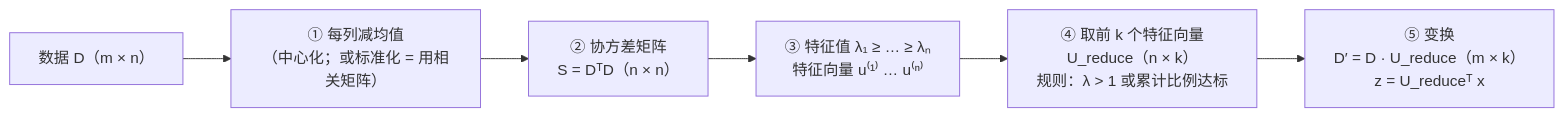
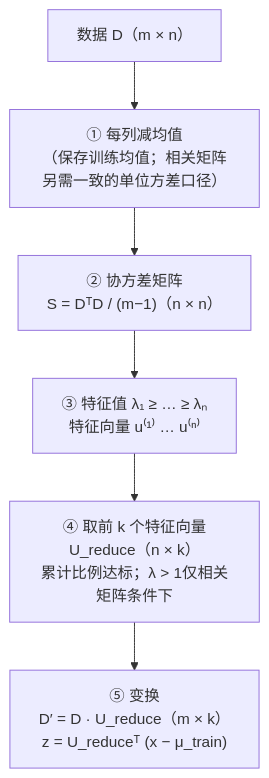
Diagram 14 of 14 in IS6400_Business_Data_Analytics/notes/M04-特征工程-特征重要性与降维.md (CercaTrovato/cityu-ai-course-notes), drawn with Mermaid before and after one commit. The commit also changed other lines of this file and 116 other files, not shown here.

````diff
--- a/IS6400_Business_Data_Analytics/notes/M04-特征工程-特征重要性与降维.md
+++ b/IS6400_Business_Data_Analytics/notes/M04-特征工程-特征重要性与降维.md
@@ -1951,8 +2390,8 @@
 ```mermaid
-flowchart LR
-    D0["数据 D（m × n）"] --> C["① 每列减均值<br/>（中心化；或标准化 = 用相关矩阵）"]
-    C --> S["② 协方差矩阵<br/>S = DᵀD（n × n）"]
+flowchart TD
+    D0["数据 D（m × n）"] --> C["① 每列减均值<br/>（保存训练均值；相关矩阵另需一致的单位方差口径）"]
+    C --> S["② 协方差矩阵<br/>S = DᵀD / (m−1)（n × n）"]
     S --> E["③ 特征值 λ₁ ≥ … ≥ λₙ<br/>特征向量 u⁽¹⁾ … u⁽ⁿ⁾"]
-    E --> K["④ 取前 k 个特征向量<br/>U_reduce（n × k）<br/>规则：λ > 1 或累计比例达标"]
-    K --> Z["⑤ 变换<br/>D′ = D · U_reduce（m × k）<br/>z = U_reduceᵀ x"]
+    E --> K["④ 取前 k 个特征向量<br/>U_reduce（n × k）<br/>累计比例达标；λ > 1仅相关矩阵条件下"]
+    K --> Z["⑤ 变换<br/>D′ = D · U_reduce（m × k）<br/>z = U_reduceᵀ (x − μ_train)"]
 ```
````
